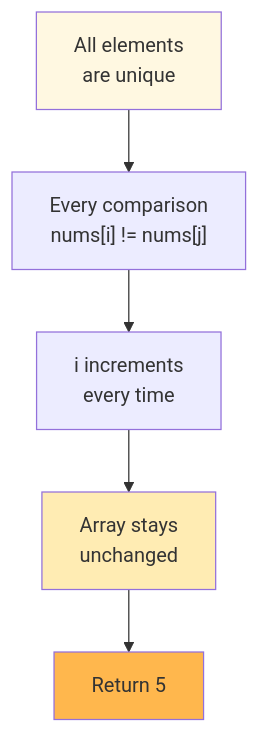
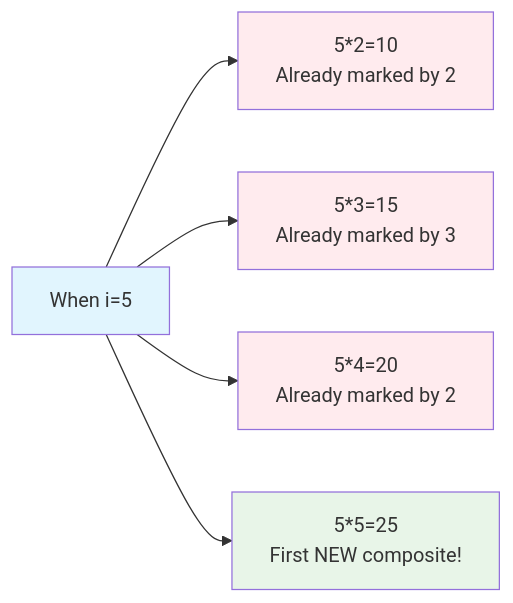
Before and after one commit to LuckyLongre123/README_RUNNER: the sixth of 13 diagrams in README.md, drawn with Mermaid. The commit also changed other lines of this file, not shown here.

````diff
--- a/README.md
+++ b/README.md
@@ -172,11 +153,13 @@
 ```mermaid
-flowchart TD
-    A["All elements<br/>are unique"] --> B["Every comparison<br/>nums[i] != nums[j]"]
-    B --> C["i increments<br/>every time"]
-    C --> D["Array stays<br/>unchanged"]
-    D --> E["Return 5"]
+flowchart LR
+    A[When i=5] --> B[5*2=10<br/>Already marked by 2]
+    A --> C[5*3=15<br/>Already marked by 3]
+    A --> D[5*4=20<br/>Already marked by 2]
+    A --> E[5*5=25<br/>First NEW composite!]
     
-    style A fill:#fff8e1
-    style D fill:#ffecb3
-    style E fill:#ffb74d
+    style A fill:#e1f5fe
+    style B fill:#ffebee
+    style C fill:#ffebee
+    style D fill:#ffebee
+    style E fill:#e8f5e8
 ```
````
